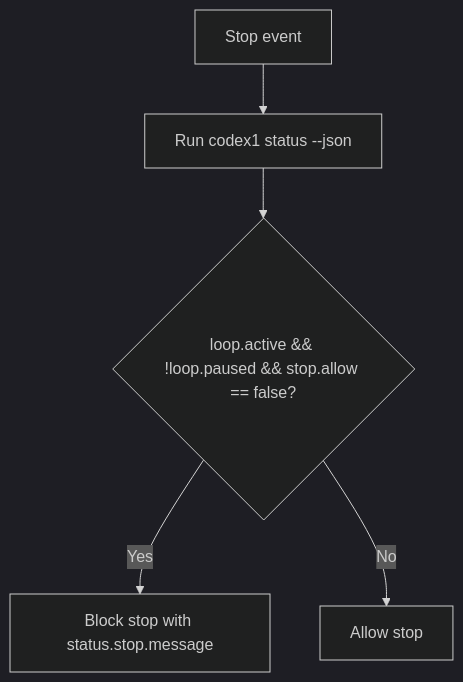
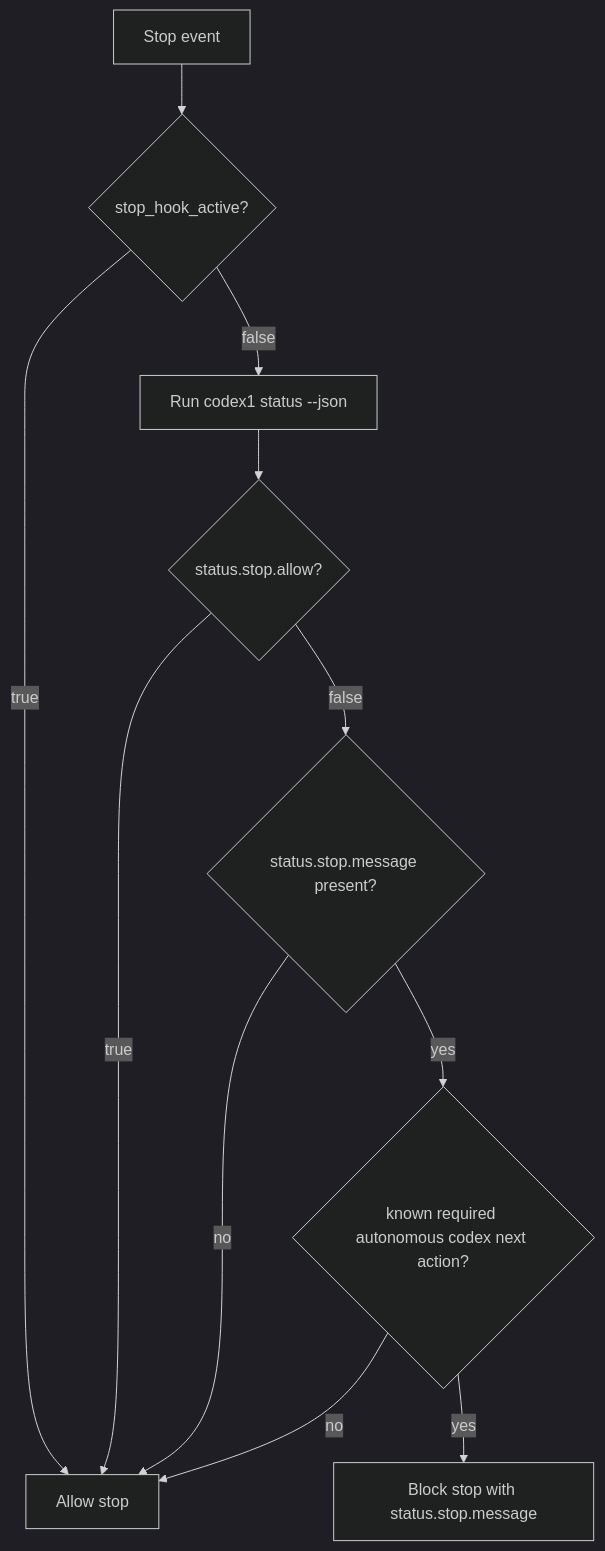
The seventh of 7 diagrams in docs/codex1-rebuild-handoff/01-product-flow.md (JoelEmanuelNilsson/codex1), drawn with Mermaid (dark theme) before and after one commit. The commit also changed other lines of this file and 10 other files, not shown here.

````diff
--- a/docs/codex1-rebuild-handoff/01-product-flow.md
+++ b/docs/codex1-rebuild-handoff/01-product-flow.md
@@ -233,7 +334,13 @@
 ```mermaid
 flowchart TD
-    Stop["Stop event"] --> Status["Run codex1 status --json"]
-    Status --> Active{"loop.active && !loop.paused && stop.allow == false?"}
-    Active -->|Yes| Block["Block stop with status.stop.message"]
-    Active -->|No| Allow["Allow stop"]
+    Stop["Stop event"] --> Active{"stop_hook_active?"}
+    Active -->|true| Allow["Allow stop"]
+    Active -->|false| Status["Run codex1 status --json"]
+    Status --> Decision{"status.stop.allow?"}
+    Decision -->|true| Allow["Allow stop"]
+    Decision -->|false| Message{"status.stop.message present?"}
+    Message -->|no| Allow
+    Message -->|yes| SafeNext{"known required autonomous codex next action?"}
+    SafeNext -->|yes| Block["Block stop with status.stop.message"]
+    SafeNext -->|no| Allow
 ```
````
